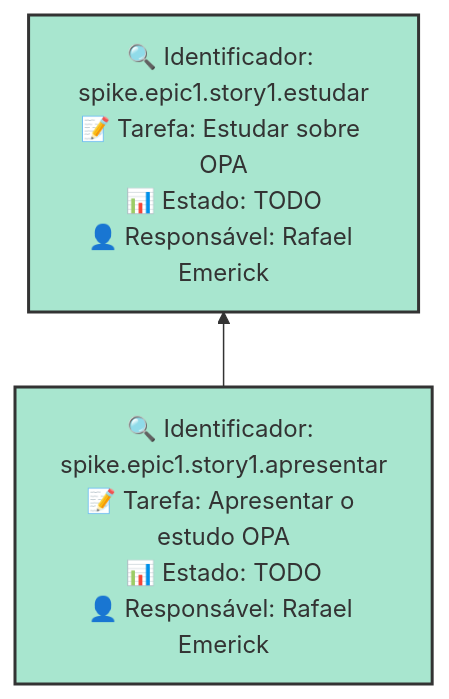
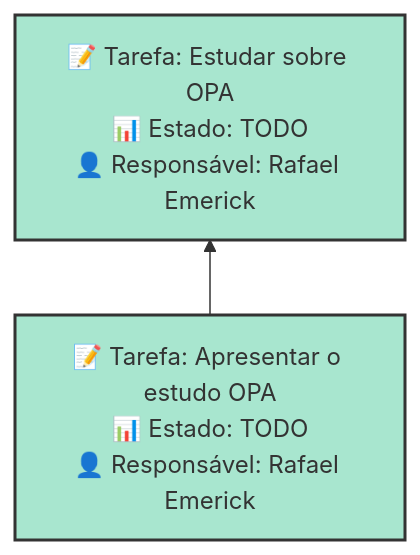
One commit to the-made-project/leds-tools-made-gestao changed the diagram in example/sprints/estudo.md. Above: the diagram before and after it, drawn with Mermaid. The commit also changed other lines of this file and 2 other files, not shown here.

````diff
--- a/example/sprints/estudo.md
+++ b/example/sprints/estudo.md
@@ -23,9 +23,9 @@
 ```mermaid
 graph BT
     classDef sprint fill:#a8e6cf,stroke:#333,stroke-width:2px;
     classDef done fill:#98fb98,stroke:#333,stroke-width:2px;
     classDef external fill:#ffd3b6,stroke:#333,stroke-width:1px;
-    spike.epic1.story1.estudar["🔍 Identificador: spike.epic1.story1.estudar<br>📝 Tarefa: Estudar sobre OPA<br>📊 Estado: TODO<br>👤 Responsável: Rafael Emerick"]:::sprint
-    spike.epic1.story1.apresentar["🔍 Identificador: spike.epic1.story1.apresentar<br>📝 Tarefa: Apresentar o estudo OPA<br>📊 Estado: TODO<br>👤 Responsável: Rafael Emerick"]:::sprint
+    spike.epic1.story1.estudar["📝 Tarefa: Estudar sobre OPA<br>📊 Estado: TODO<br>👤 Responsável: Rafael Emerick"]:::sprint
+    spike.epic1.story1.apresentar["📝 Tarefa: Apresentar o estudo OPA<br>📊 Estado: TODO<br>👤 Responsável: Rafael Emerick"]:::sprint
     spike.epic1.story1.apresentar --> spike.epic1.story1.estudar
 ```
````
